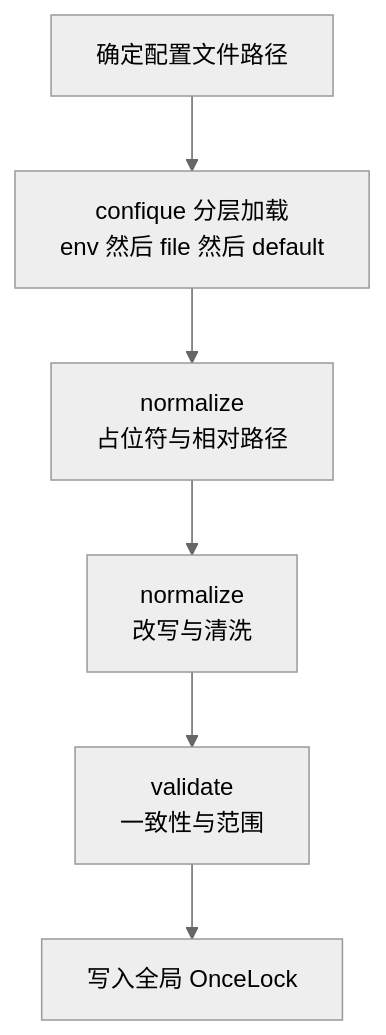
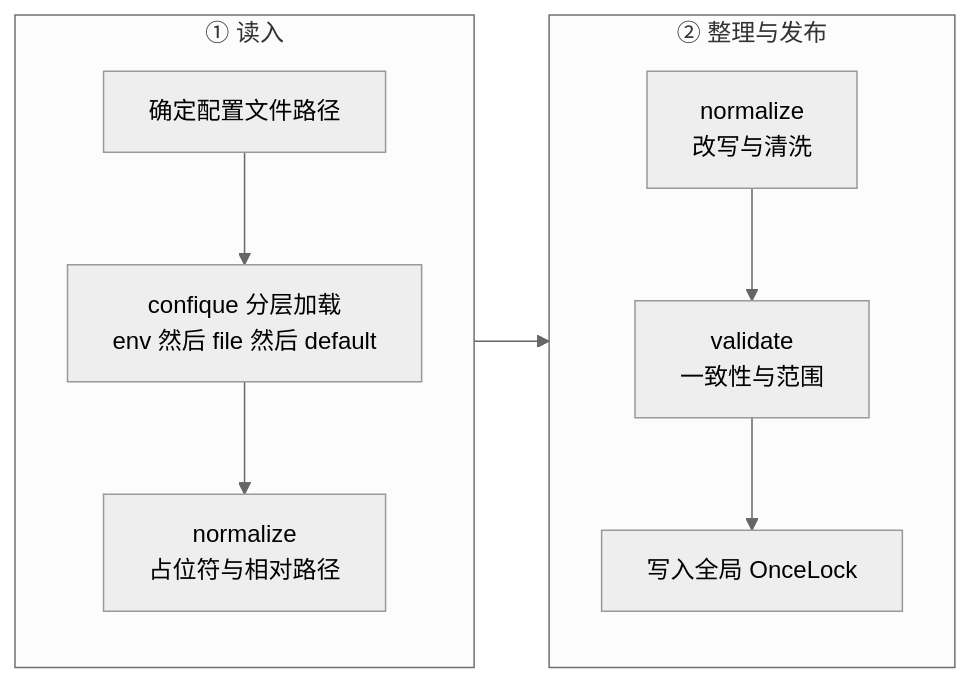
Before and after one commit to AustinJiangg/ai-books: the first of 2 diagrams in agentenv/11-configuration.md, drawn with Mermaid (neutral theme). The commit also changed other lines of this file and 5 other files, not shown here.

````diff
--- a/agentenv/11-configuration.md
+++ b/agentenv/11-configuration.md
@@ -43,8 +43,14 @@
 ```mermaid
-flowchart TB
-    A["确定配置文件路径"] --> B["confique 分层加载<br/>env 然后 file 然后 default"]
-    B --> C["normalize<br/>占位符与相对路径"]
-    C --> D["normalize<br/>改写与清洗"]
-    D --> E["validate<br/>一致性与范围"]
-    E --> F["写入全局 OnceLock"]
+flowchart LR
+    subgraph L1["① 读入"]
+        direction TB
+        A["确定配置文件路径"] --> B["confique 分层加载<br/>env 然后 file 然后 default"]
+        B --> C["normalize<br/>占位符与相对路径"]
+    end
+    subgraph L2["② 整理与发布"]
+        direction TB
+        D["normalize<br/>改写与清洗"] --> E["validate<br/>一致性与范围"]
+        E --> F["写入全局 OnceLock"]
+    end
+    L1 --> L2
 ```
````
